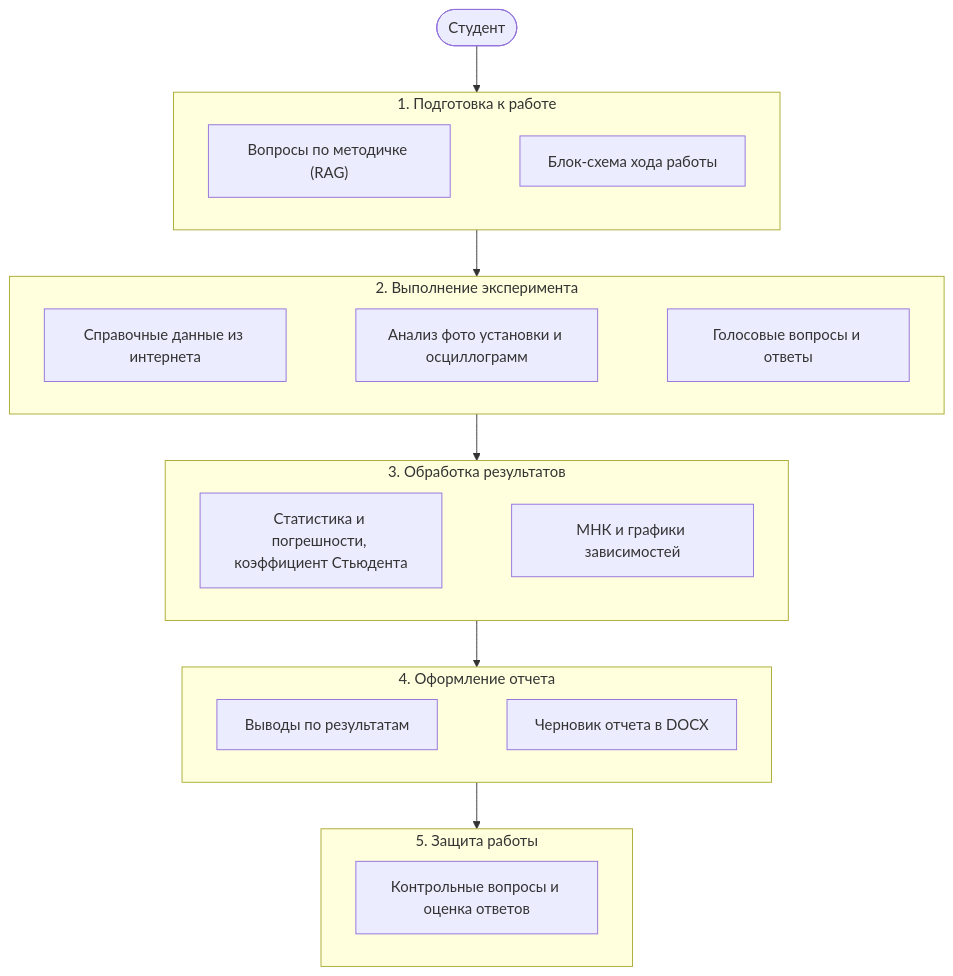
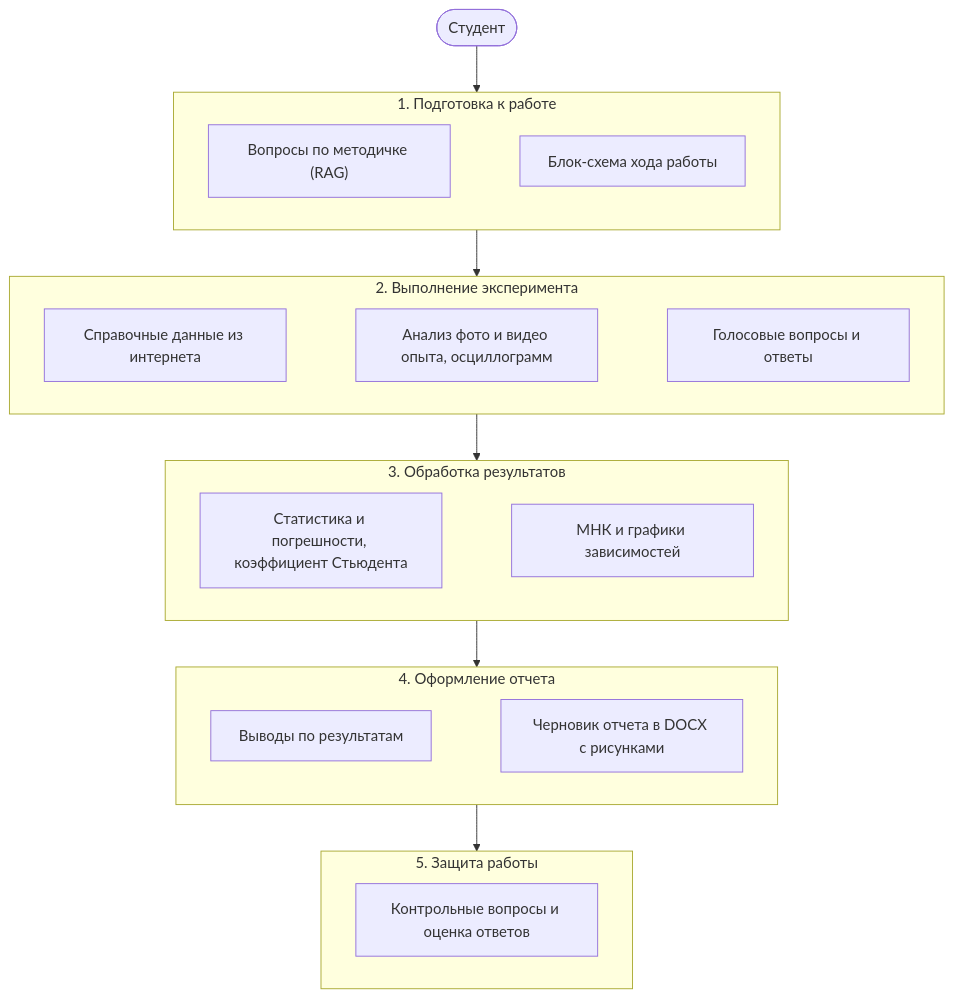
One commit to OlegSanMos/Lab-assistant changed the first of 7 diagrams in README.md. Above: the diagram before and after it, drawn with Mermaid. The commit also changed other lines of this file and 27 other files, not shown here.

````diff
--- a/README.md
+++ b/README.md
@@ -63,25 +63,25 @@
 ```mermaid
 flowchart TB
     S(["Студент"]) --> P1
     subgraph P1["1. Подготовка к работе"]
         direction LR
         A1["Вопросы по методичке (RAG)"] ~~~ A2["Блок-схема хода работы"]
     end
     subgraph P2["2. Выполнение эксперимента"]
         direction LR
-        B1["Справочные данные из интернета"] ~~~ B2["Анализ фото установки и осциллограмм"] ~~~ B3["Голосовые вопросы и ответы"]
+        B1["Справочные данные из интернета"] ~~~ B2["Анализ фото и видео опыта, осциллограмм"] ~~~ B3["Голосовые вопросы и ответы"]
     end
     subgraph P3["3. Обработка результатов"]
         direction LR
         C1["Статистика и погрешности, коэффициент Стьюдента"] ~~~ C2["МНК и графики зависимостей"]
     end
     subgraph P4["4. Оформление отчета"]
         direction LR
-        D1["Выводы по результатам"] ~~~ D2["Черновик отчета в DOCX"]
+        D1["Выводы по результатам"] ~~~ D2["Черновик отчета в DOCX с рисунками"]
     end
     subgraph P5["5. Защита работы"]
         direction LR
         E1["Контрольные вопросы и оценка ответов"]
     end
     P1 --> P2 --> P3 --> P4 --> P5
 ```
````
